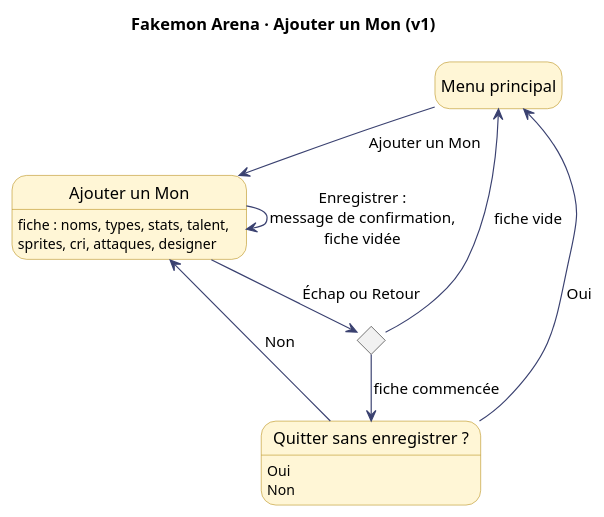
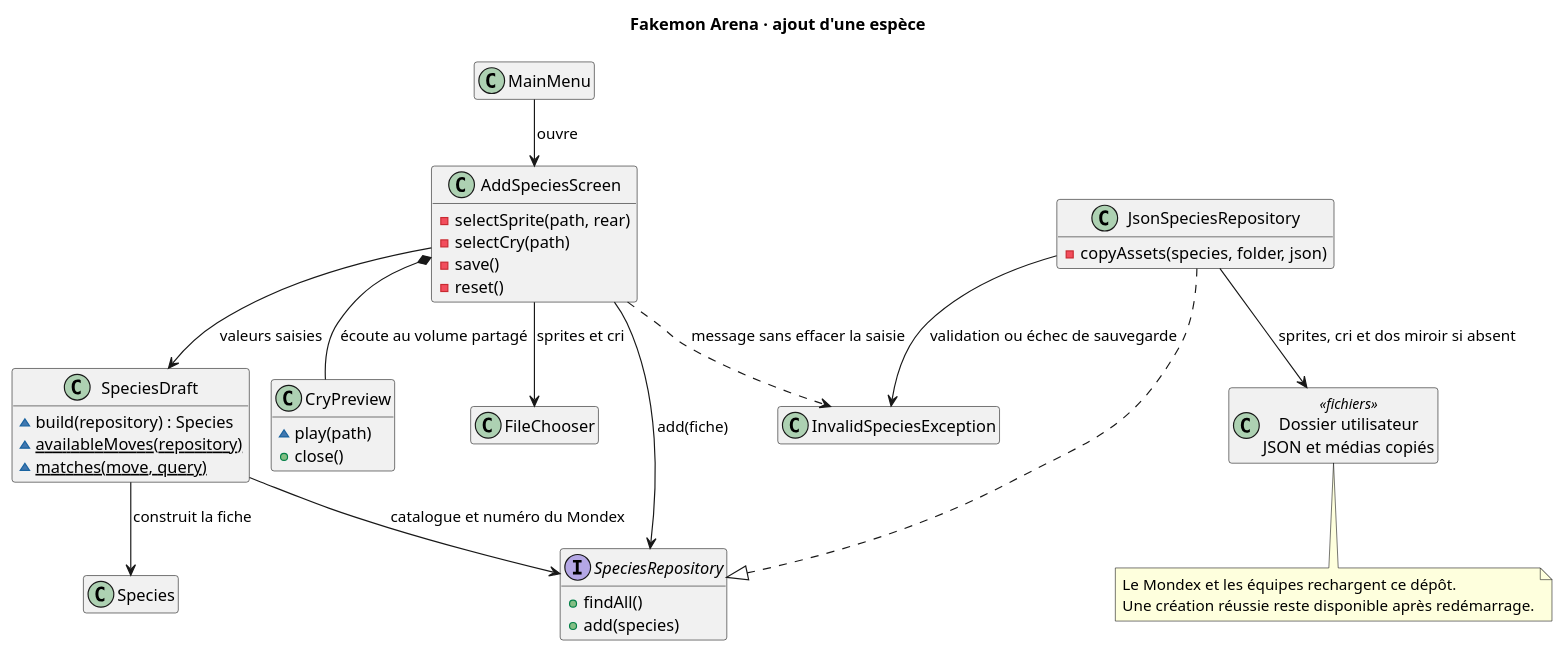
The diagram in docs/uml/ajouter-un-mon.puml (OnerAliCan/fakemon-arena), drawn with PlantUML before and after one commit. The commit also changed 14 other files, not shown here.

First line of the commit message:
feat: ajoute le formulaire de création de fakemon (#20) (#84)

```diff
--- a/docs/uml/ajouter-un-mon.puml
+++ b/docs/uml/ajouter-un-mon.puml
@@ -1,24 +1,48 @@
 @startuml ajouter-un-mon
 !pragma layout smetana
-title Fakemon Arena · Ajouter un Mon (v1)
 skinparam defaultFontName Segoe UI
-skinparam state {
-  BackgroundColor #FFF6D6
-  BorderColor #B8901A
-  ArrowColor #3A4170
+hide empty members
+title Fakemon Arena · ajout d'une espèce
+class MainMenu
+class AddSpeciesScreen {
+  - selectSprite(path, rear)
+  - selectCry(path)
+  - save()
+  - reset()
 }
-hide empty description
-
-state "Menu principal" as Menu
-state "Ajouter un Mon" as Fiche : fiche : noms, types, stats, talent,\nsprites, cri, attaques, designer
-state remplie <<choice>>
-state "Quitter sans enregistrer ?" as Confirmation : Oui\nNon
-
-Menu --> Fiche : Ajouter un Mon
-Fiche --> Fiche : Enregistrer :\nmessage de confirmation,\nfiche vidée
-Fiche --> remplie : Échap ou Retour
-remplie --> Menu : fiche vide
-remplie --> Confirmation : fiche commencée
-Confirmation --> Menu : Oui
-Confirmation --> Fiche : Non
+class SpeciesDraft {
+  ~ build(repository) : Species
+  ~ {static} availableMoves(repository)
+  ~ {static} matches(move, query)
+}
+class CryPreview {
+  ~ play(path)
+  + close()
+}
+class FileChooser
+class Species
+interface SpeciesRepository {
+  + findAll()
+  + add(species)
+}
+class JsonSpeciesRepository {
+  - copyAssets(species, folder, json)
+}
+class InvalidSpeciesException
+class "Dossier utilisateur\nJSON et médias copiés" as Files <<fichiers>>
+MainMenu --> AddSpeciesScreen : ouvre
+AddSpeciesScreen --> FileChooser : sprites et cri
+AddSpeciesScreen *-- CryPreview : écoute au volume partagé
+AddSpeciesScreen --> SpeciesDraft : valeurs saisies
+SpeciesDraft --> Species : construit la fiche
+SpeciesDraft --> SpeciesRepository : catalogue et numéro du Mondex
+AddSpeciesScreen --> SpeciesRepository : add(fiche)
+JsonSpeciesRepository ..|> SpeciesRepository
+JsonSpeciesRepository --> InvalidSpeciesException : validation ou échec de sauvegarde
+AddSpeciesScreen ..> InvalidSpeciesException : message sans effacer la saisie
+JsonSpeciesRepository --> Files : sprites, cri et dos miroir si absent
+note bottom of Files
+  Le Mondex et les équipes rechargent ce dépôt.
+  Une création réussie reste disponible après redémarrage.
+end note
 @enduml
```
